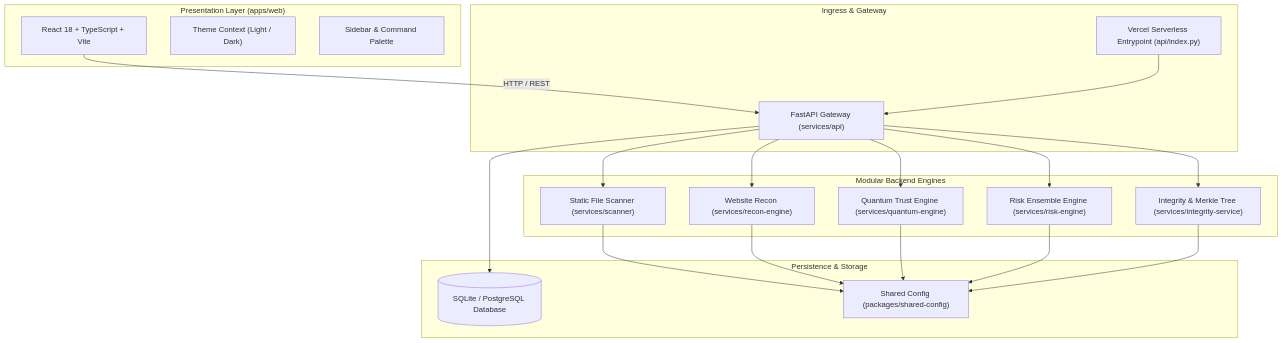
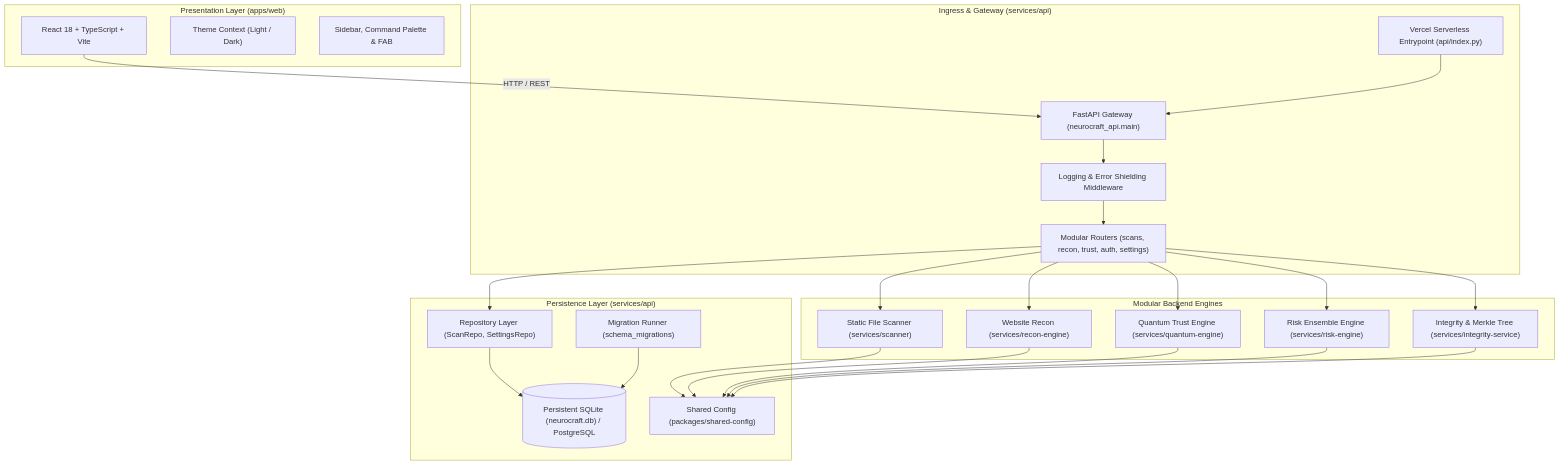
Before and after one commit to nakul09i/NeuroCraft: the diagram in README.md, drawn with Mermaid. The commit also changed other lines of this file and 26 other files, not shown here.

Commit message:
feat(backend,db): implement modular FastAPI routers, SQLite persistence, and migrations

````diff
--- a/README.md
+++ b/README.md
@@ -91,36 +92,42 @@
 ```mermaid
 flowchart TD
     subgraph Client["Presentation Layer (apps/web)"]
         UI["React 18 + TypeScript + Vite"]
         Theme["Theme Context (Light / Dark)"]
-        Nav["Sidebar & Command Palette"]
+        Nav["Sidebar, Command Palette & FAB"]
     end
 
-    subgraph Ingress["Ingress & Gateway"]
+    subgraph Ingress["Ingress & Gateway (services/api)"]
         VercelEntry["Vercel Serverless Entrypoint (api/index.py)"]
-        FastAPI["FastAPI Gateway (services/api)"]
+        FastAPI["FastAPI Gateway (neurocraft_api.main)"]
+        Middleware["Logging & Error Shielding Middleware"]
+        Routers["Modular Routers (scans, recon, trust, auth, settings)"]
     end
 
     subgraph Engines["Modular Backend Engines"]
         Scanner["Static File Scanner (services/scanner)"]
         Recon["Website Recon (services/recon-engine)"]
         Quantum["Quantum Trust Engine (services/quantum-engine)"]
         Risk["Risk Ensemble Engine (services/risk-engine)"]
         Integrity["Integrity & Merkle Tree (services/integrity-service)"]
     end
 
-    subgraph Data["Persistence & Storage"]
-        DB[("SQLite / PostgreSQL Database")]
+    subgraph Data["Persistence Layer (services/api)"]
+        Repos["Repository Layer (ScanRepo, SettingsRepo)"]
+        Migrations["Migration Runner (schema_migrations)"]
+        DB[("Persistent SQLite (neurocraft.db) / PostgreSQL")]
         Config["Shared Config (packages/shared-config)"]
     end
 
     UI -->|HTTP / REST| FastAPI
     VercelEntry --> FastAPI
-    FastAPI --> Scanner
-    FastAPI --> Recon
-    FastAPI --> Quantum
-    FastAPI --> Risk
-    FastAPI --> Integrity
-    FastAPI --> DB
+    FastAPI --> Middleware --> Routers
+    Routers --> Scanner
+    Routers --> Recon
+    Routers --> Quantum
+    Routers --> Risk
+    Routers --> Integrity
+    Routers --> Repos --> DB
+    Migrations --> DB
     Scanner & Recon & Quantum & Risk & Integrity --> Config
 ```
````
